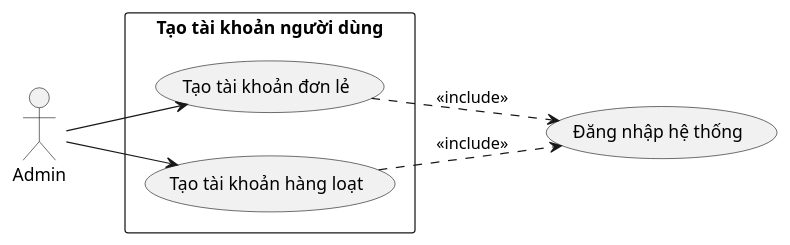
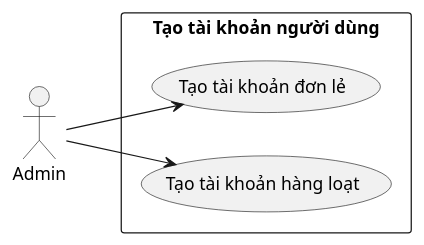
Before and after one commit to Tuienn/e-voting-latex: the diagram in PlantUML/Usecase/Tao-danh-sach-nguoi-dung.puml, drawn with PlantUML. The commit also changed 31 other files, not shown here.

```diff
--- a/PlantUML/Usecase/Tao-danh-sach-nguoi-dung.puml
+++ b/PlantUML/Usecase/Tao-danh-sach-nguoi-dung.puml
@@ -1,18 +1,12 @@
 @startuml TaoDanhSachNguoiDung_UC
 left to right direction
-skinparam packageStyle rectangle
-
 actor "Admin" as admin
-
-usecase "Đăng nhập hệ thống" as UC_Login
 
 rectangle "Tạo tài khoản người dùng" {
   usecase "Tạo tài khoản đơn lẻ" as UC_CreateOne
   usecase "Tạo tài khoản hàng loạt" as UC_CreateBulk
 }
 
 admin --> UC_CreateOne
 admin --> UC_CreateBulk
-UC_CreateOne ..> UC_Login : <<include>>
-UC_CreateBulk ..> UC_Login : <<include>>
 @enduml
```
